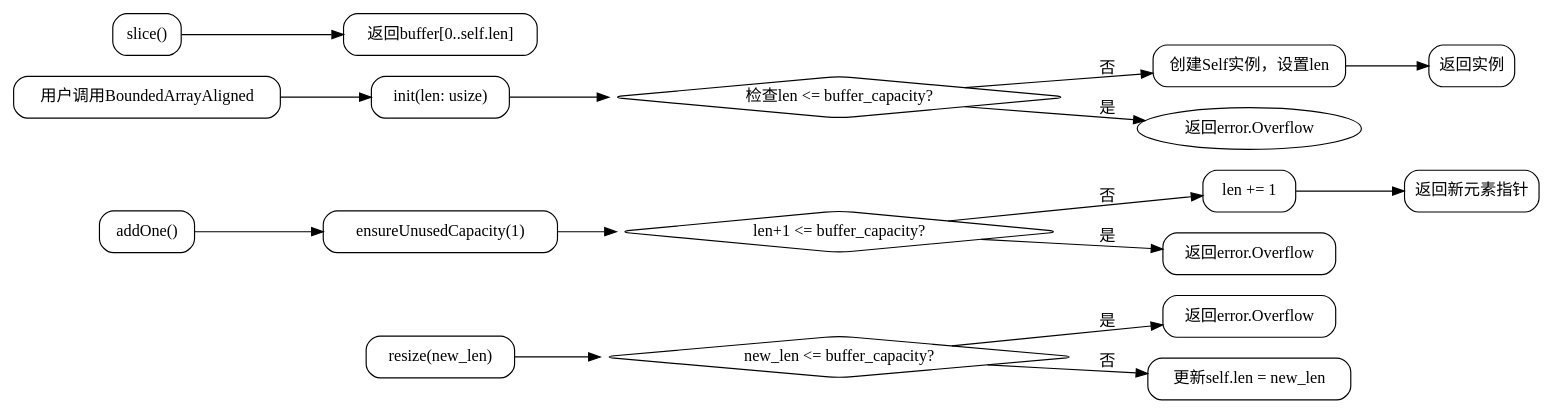
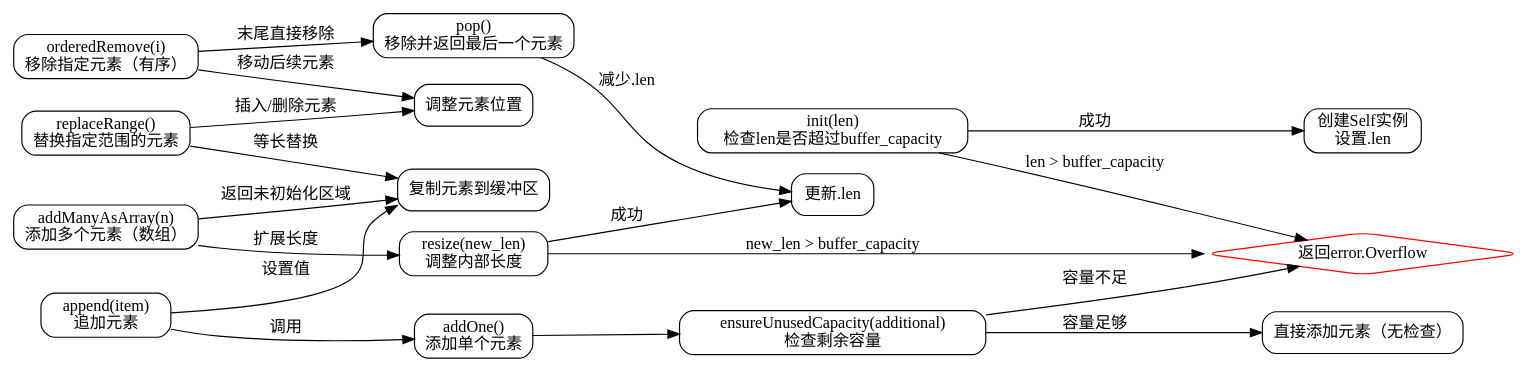
Before and after one commit to sdzx-1/deepseek-zig-reader: the diagram in dot_std/bounded_array.zig.BoundedArrayAligned.md, drawn with Graphviz. The commit also changed other lines of this file and 236 other files, not shown here.

````diff
--- a/dot_std/bounded_array.zig.BoundedArrayAligned.md
+++ b/dot_std/bounded_array.zig.BoundedArrayAligned.md
@@ -25,58 +90,53 @@
 ```dot
-digraph BoundedArrayAligned {
-    rankdir=LR;
-    node [shape=rectangle, style=rounded];
+digraph BoundedArrayFlow {
+    rankdir="LR";
+    node [shape=box, style=rounded];
 
-    // 初始化流程
-    start [label="用户调用BoundedArrayAligned"];
-    init_method [label="init(len: usize)"];
-    check_capacity [label="检查len <= buffer_capacity?", shape=diamond];
-    error_overflow [label="返回error.Overflow", shape=oval];
-    create_instance [label="创建Self实例，设置len"];
-    init_success [label="返回实例"];
+    // 核心方法节点
+    init [label="init(len)\n检查len是否超过buffer_capacity"];
+    resize [label="resize(new_len)\n调整内部长度"];
+    addOne [label="addOne()\n添加单个元素"];
+    addManyAsArray [label="addManyAsArray(n)\n添加多个元素（数组）"];
+    append [label="append(item)\n追加元素"];
+    pop [label="pop()\n移除并返回最后一个元素"];
+    replaceRange [label="replaceRange()\n替换指定范围的元素"];
+    orderedRemove [label="orderedRemove(i)\n移除指定元素（有序）"];
+    ensureUnusedCapacity [label="ensureUnusedCapacity(additional)\n检查剩余容量"];
 
-    start -> init_method;
-    init_method -> check_capacity;
-    check_capacity -> error_overflow [label="是"];
-    check_capacity -> create_instance [label="否"];
-    create_instance -> init_success;
+    // 错误节点
+    error_Overflow [label="返回error.Overflow", shape=diamond, color=red];
 
-    // 添加元素流程
-    add_one [label="addOne()"];
-    ensure_capacity [label="ensureUnusedCapacity(1)"];
-    check_add_capacity [label="len+1 <= buffer_capacity?", shape=diamond];
-    add_one_overflow [label="返回error.Overflow"];
-    inc_length [label="len += 1"];
-    return_ptr [label="返回新元素指针"];
+    // 操作节点
+    create_instance [label="创建Self实例\n设置.len"];
+    set_len [label="更新.len"];
+    copy_elements [label="复制元素到缓冲区"];
+    adjust_elements [label="调整元素位置"];
 
-    add_one -> ensure_capacity;
-    ensure_capacity -> check_add_capacity;
-    check_add_capacity -> add_one_overflow [label="是"];
-    check_add_capacity -> inc_length [label="否"];
-    inc_length -> return_ptr;
+    // 边定义
+    init -> error_Overflow [label="len > buffer_capacity"];
+    init -> create_instance [label="成功"];
 
-    // 调整大小流程
-    resize_method [label="resize(new_len)"];
-    check_resize_cap [label="new_len <= buffer_capacity?", shape=diamond];
-    resize_overflow [label="返回error.Overflow"];
-    update_length [label="更新self.len = new_len"];
+    resize -> error_Overflow [label="new_len > buffer_capacity"];
+    resize -> set_len [label="成功"];
 
-    resize_method -> check_resize_cap;
-    check_resize_cap -> resize_overflow [label="是"];
-    check_resize_cap -> update_length [label="否"];
+    addOne -> ensureUnusedCapacity;
+    ensureUnusedCapacity -> error_Overflow [label="容量不足"];
+    ensureUnusedCapacity -> addOneAssumeCapacity [label="容量足够"];
+    addOneAssumeCapacity [label="直接添加元素（无检查）"];
 
-    // 切片操作
-    slice_method [label="slice()"];
-    get_buffer [label="返回buffer[0..self.len]"];
-    slice_method -> get_buffer;
+    append -> addOne [label="调用"];
+    append -> copy_elements [label="设置值"];
 
-    // 错误处理公共节点
-    error_overflow -> end [style=invis];
-    add_one_overflow -> end [style=invis];
-    resize_overflow -> end [style=invis];
-    
-    // 隐藏布局关系
-    {rank=same; error_overflow; add_one_overflow; resize_overflow}
-    end [label="流程结束", shape=oval, style=invis];
+    replaceRange -> copy_elements [label="等长替换"];
+    replaceRange -> adjust_elements [label="插入/删除元素"];
+
+    orderedRemove -> pop [label="末尾直接移除"];
+    orderedRemove -> adjust_elements [label="移动后续元素"];
+
+    // 其他方法关联
+    addManyAsArray -> resize [label="扩展长度"];
+    addManyAsArray -> copy_elements [label="返回未初始化区域"];
+
+    pop -> set_len [label="减少.len"];
 }
-``` 
+```
````
